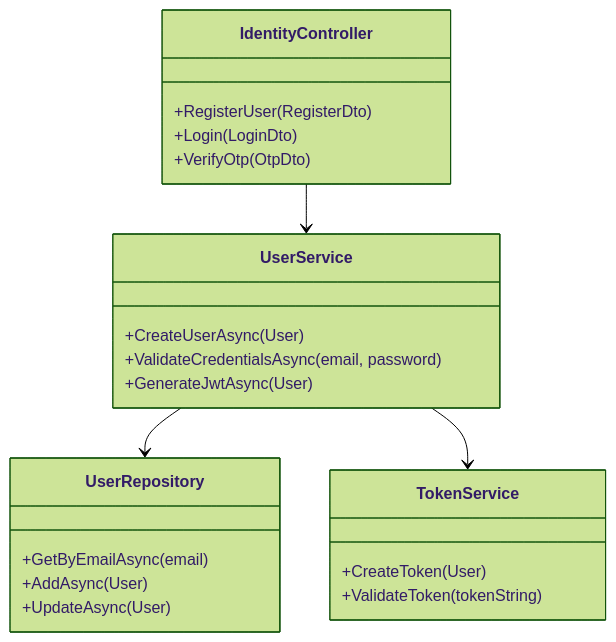
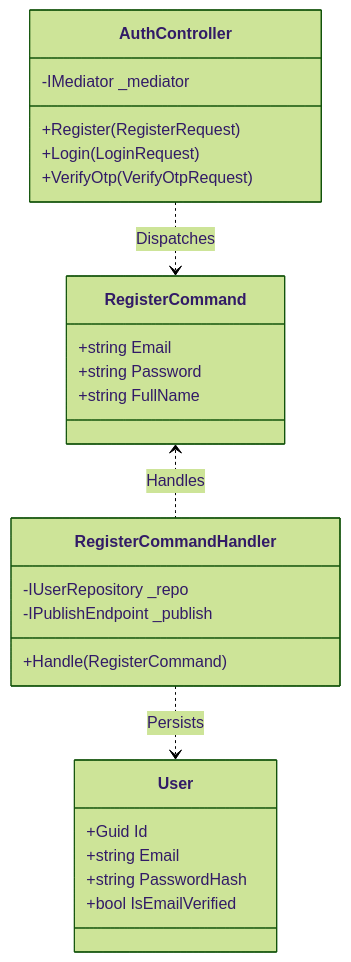
One commit to TirtharajBarma/cred-vault changed the first of 3 diagrams in src/docs/LLD.md. Above: the diagram before and after it, drawn with Mermaid (forest theme). The commit also changed other lines of this file and 26 other files, not shown here.

````diff
--- a/src/docs/LLD.md
+++ b/src/docs/LLD.md
@@ -434,29 +55,32 @@
 ```mermaid
 classDiagram
-    class IdentityController {
-        +RegisterUser(RegisterDto)
-        +Login(LoginDto)
-        +VerifyOtp(OtpDto)
+    class AuthController {
+        -IMediator _mediator
+        +Register(RegisterRequest)
+        +Login(LoginRequest)
+        +VerifyOtp(VerifyOtpRequest)
     }
 
-    class UserService {
-        +CreateUserAsync(User)
-        +ValidateCredentialsAsync(email, password)
-        +GenerateJwtAsync(User)
+    class RegisterCommand {
+        +string Email
+        +string Password
+        +string FullName
     }
 
-    class UserRepository {
-        +GetByEmailAsync(email)
-        +AddAsync(User)
-        +UpdateAsync(User)
+    class RegisterCommandHandler {
+        -IUserRepository _repo
+        -IPublishEndpoint _publish
+        +Handle(RegisterCommand)
     }
 
-    class TokenService {
-        +CreateToken(User)
-        +ValidateToken(tokenString)
+    class User {
+        +Guid Id
+        +string Email
+        +string PasswordHash
+        +bool IsEmailVerified
     }
 
-    IdentityController --> UserService
-    UserService --> UserRepository
-    UserService --> TokenService
+    AuthController ..> RegisterCommand : Dispatches
+    RegisterCommandHandler ..> User : Persists
+    RegisterCommand <.. RegisterCommandHandler : Handles
 ```
````
